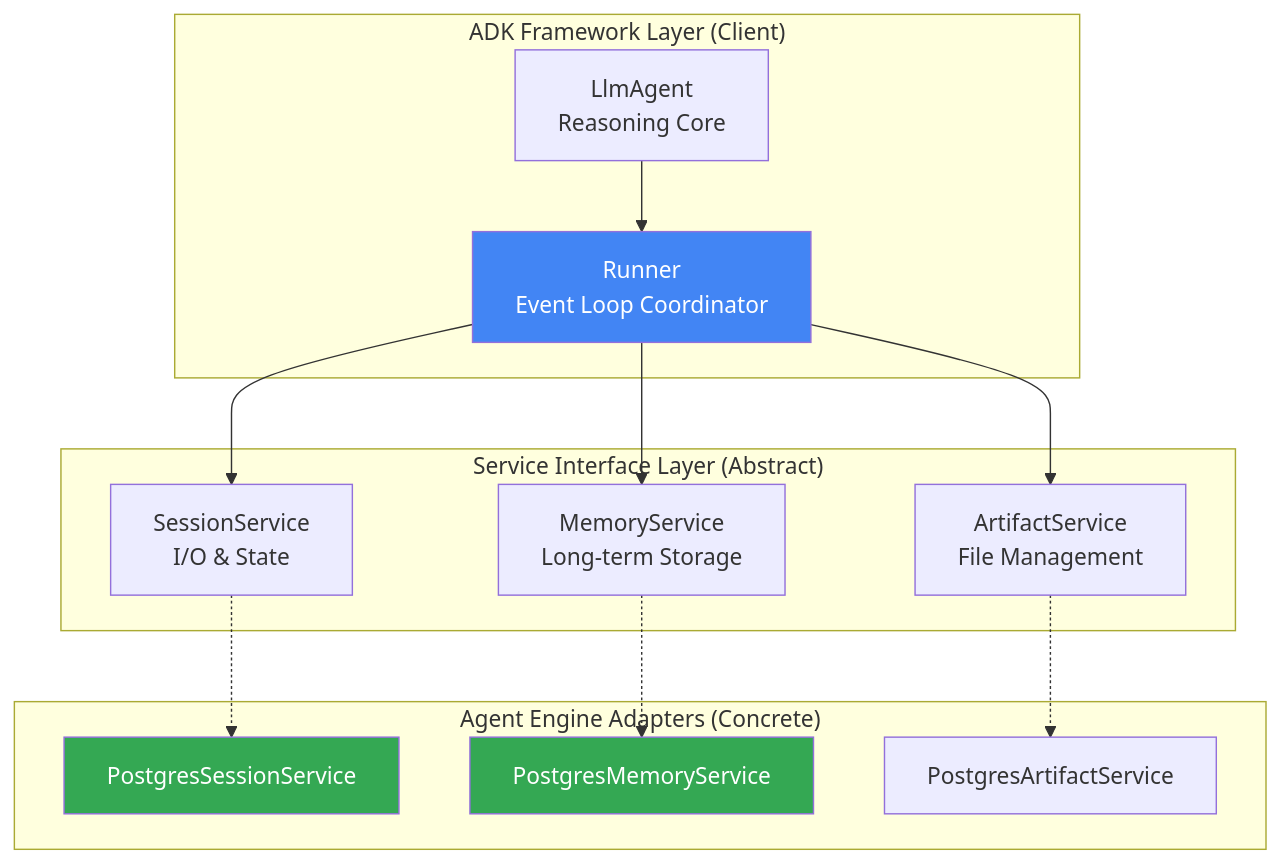
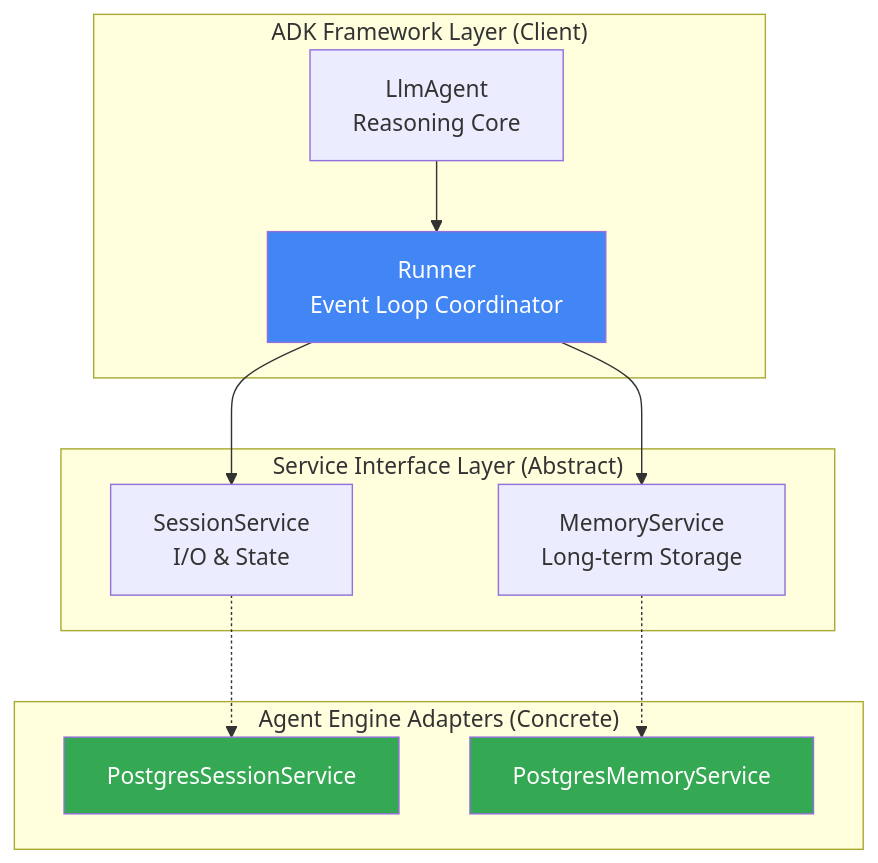
Before and after one commit to ThreeFish-AI/negentropy: the first of 3 diagrams in docs/research/020a-agent-engine-fundamentals.md, drawn with Mermaid. The commit also changed other lines of this file and 8 other files, not shown here.

````diff
--- a/docs/research/020a-agent-engine-fundamentals.md
+++ b/docs/research/020a-agent-engine-fundamentals.md
@@ -23,29 +23,26 @@
 ```mermaid
 graph TB
     subgraph "ADK Framework Layer (Client)"
         R[Runner<br>Event Loop Coordinator]
         A[LlmAgent<br>Reasoning Core]
     end
 
     subgraph "Service Interface Layer (Abstract)"
         SS[SessionService<br>I/O & State]
         MS[MemoryService<br>Long-term Storage]
-        AS[ArtifactService<br>File Management]
     end
 
     subgraph "Agent Engine Adapters (Concrete)"
         PSS[PostgresSessionService]
         PMS[PostgresMemoryService]
-        PAS[PostgresArtifactService]
     end
 
-    R --> SS & MS & AS
+    R --> SS & MS
     A --> R
     SS -.-> PSS
     MS -.-> PMS
-    AS -.-> PAS
 
     style R fill:#4285f4,color:#fff
     style PSS fill:#34a853,color:#fff
     style PMS fill:#34a853,color:#fff
 ```
````
